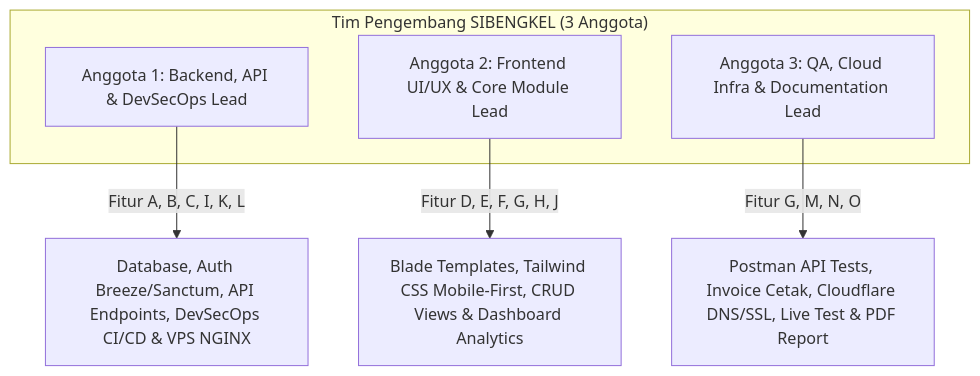
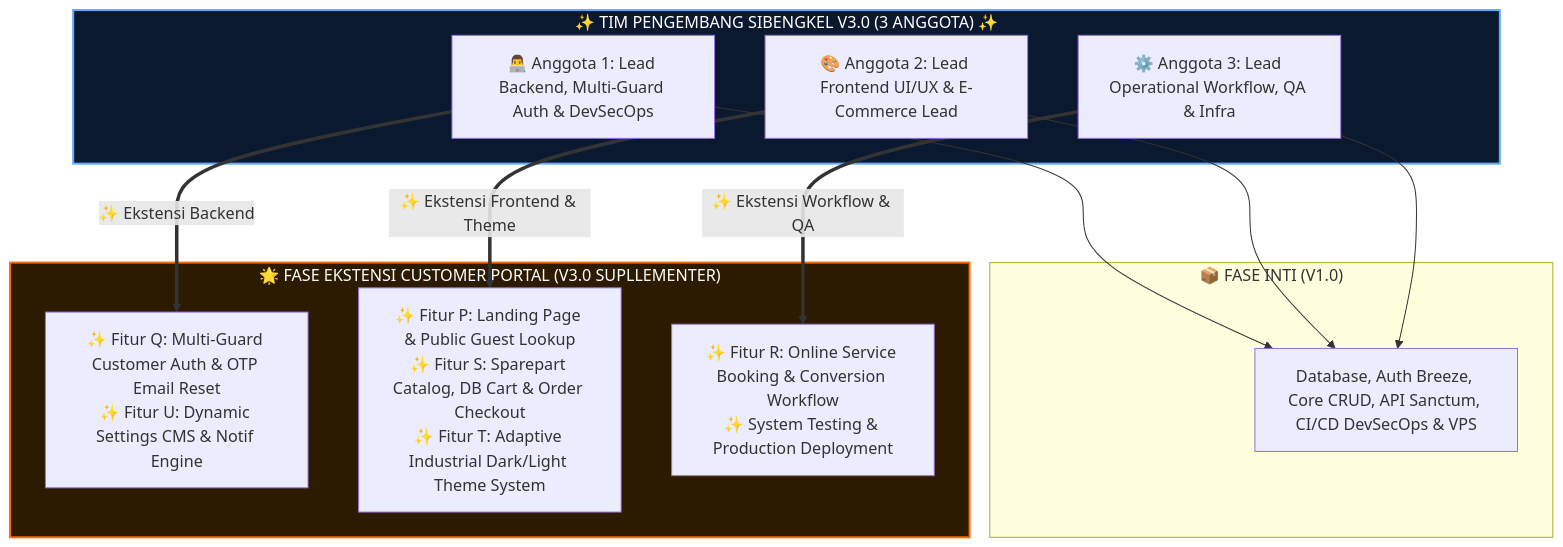
Before and after one commit to radityobw/SIBENGKEL: the first of 3 diagrams in README.md, drawn with Mermaid. The commit also changed other lines of this file and 49 other files, not shown here.

First line of the commit message:
feat(ui/docs): implement adaptive dark mode, center admin forms & update PRD suplementer and README v3.0

````diff
--- a/README.md
+++ b/README.md
@@ -60,12 +81,28 @@
 ```mermaid
 graph TD
-    subgraph TIM_SIBENGKEL ["Tim Pengembang SIBENGKEL (3 Anggota)"]
-        A1["Anggota 1: Backend, API & DevSecOps Lead"]
-        A2["Anggota 2: Frontend UI/UX & Core Module Lead"]
-        A3["Anggota 3: QA, Cloud Infra & Documentation Lead"]
+    subgraph TIM_SIBENGKEL ["✨ TIM PENGEMBANG SIBENGKEL V3.0 (3 ANGGOTA) ✨"]
+        A1["👨‍💻 Anggota 1: Lead Backend, Multi-Guard Auth & DevSecOps"]
+        A2["🎨 Anggota 2: Lead Frontend UI/UX & E-Commerce Lead"]
+        A3["⚙️ Anggota 3: Lead Operational Workflow, QA & Infra"]
     end
 
-    A1 --> |"Fitur A, B, C, I, K, L"| DB["Database, Auth Breeze/Sanctum, API Endpoints, DevSecOps CI/CD & VPS NGINX"]
-    A2 --> |"Fitur D, E, F, G, H, J"| UI["Blade Templates, Tailwind CSS Mobile-First, CRUD Views & Dashboard Analytics"]
-    A3 --> |"Fitur G, M, N, O"| QA["Postman API Tests, Invoice Cetak, Cloudflare DNS/SSL, Live Test & PDF Report"]
+    subgraph CORE_MODULES ["📦 FASE INTI (V1.0)"]
+        M_CORE["Database, Auth Breeze, Core CRUD, API Sanctum, CI/CD DevSecOps & VPS"]
+    end
+
+    subgraph EXT_MODULES ["🌟 FASE EKSTENSI CUSTOMER PORTAL (V3.0 SUPLLEMENTER)"]
+        M_EXT1["✨ Fitur Q: Multi-Guard Customer Auth & OTP Email Reset<br>✨ Fitur U: Dynamic Settings CMS & Notif Engine"]
+        M_EXT2["✨ Fitur P: Landing Page & Public Guest Lookup<br>✨ Fitur S: Sparepart Catalog, DB Cart & Order Checkout<br>✨ Fitur T: Adaptive Industrial Dark/Light Theme System"]
+        M_EXT3["✨ Fitur R: Online Service Booking & Conversion Workflow<br>✨ System Testing & Production Deployment"]
+    end
+
+    A1 --> M_CORE
+    A1 ==> |"✨ Ekstensi Backend"| M_EXT1
+    A2 --> M_CORE
+    A2 ==> |"✨ Ekstensi Frontend & Theme"| M_EXT2
+    A3 --> M_CORE
+    A3 ==> |"✨ Ekstensi Workflow & QA"| M_EXT3
+
+    style EXT_MODULES fill:#2d1b00,stroke:#FF6B00,stroke-width:2px,color:#fff
+    style TIM_SIBENGKEL fill:#0a192f,stroke:#62a5f9,stroke-width:2px,color:#fff
 ```
````
